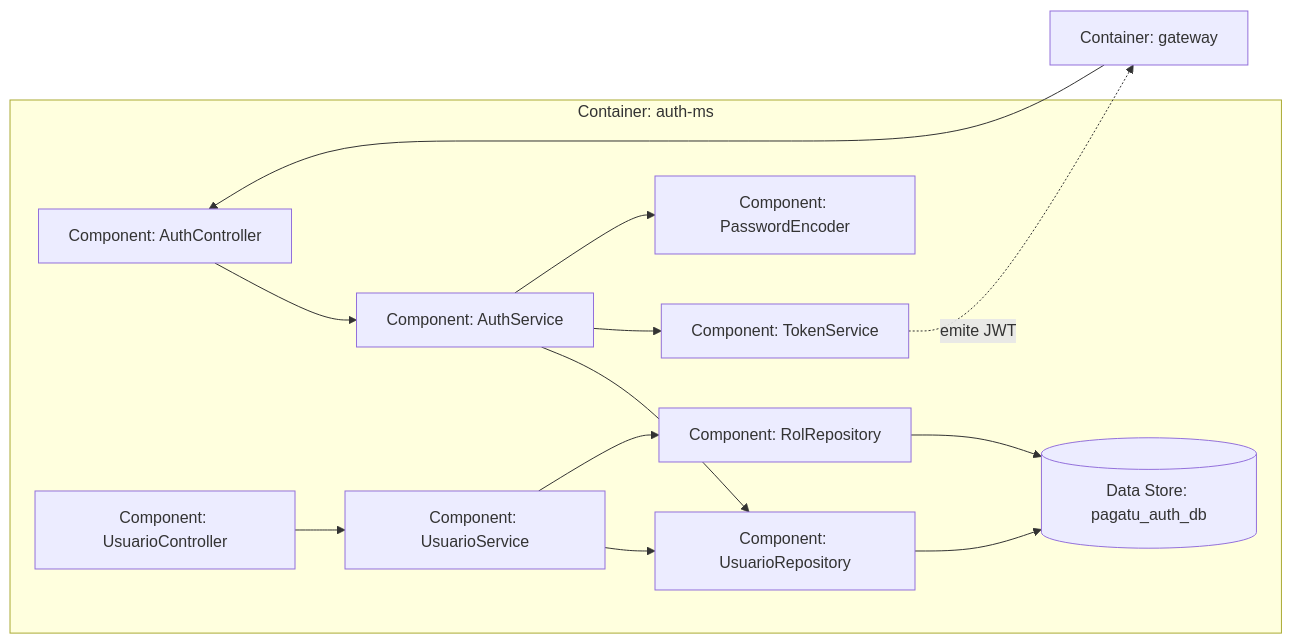
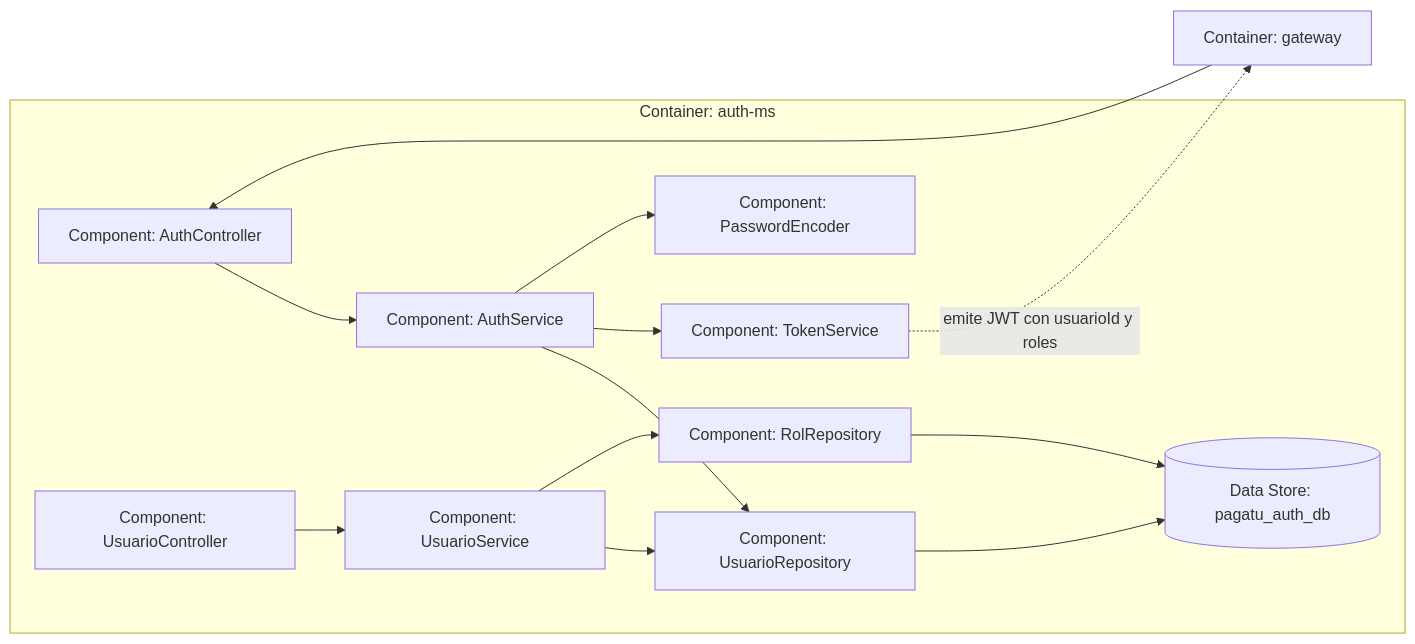
One commit to 262dist/pagatu changed the fifth of 15 diagrams in README_02_ARQUITECTURA_DETALLADA.md. Above: the diagram before and after it, drawn with Mermaid. The commit also changed other lines of this file, not shown here.

````diff
--- a/README_02_ARQUITECTURA_DETALLADA.md
+++ b/README_02_ARQUITECTURA_DETALLADA.md
@@ -167,27 +168,27 @@
 ```mermaid
 flowchart LR
     subgraph auth["Container: auth-ms"]
         authController["Component: AuthController"]
         usuarioController["Component: UsuarioController"]
         authService["Component: AuthService"]
         usuarioService["Component: UsuarioService"]
         tokenService["Component: TokenService"]
         passwordEncoder["Component: PasswordEncoder"]
         usuarioRepo["Component: UsuarioRepository"]
         rolRepo["Component: RolRepository"]
         authDb[(Data Store: pagatu_auth_db)]
 
         authController --> authService
         usuarioController --> usuarioService
         authService --> usuarioRepo
         authService --> tokenService
         authService --> passwordEncoder
         usuarioService --> usuarioRepo
         usuarioService --> rolRepo
         usuarioRepo --> authDb
         rolRepo --> authDb
     end
 
     gateway["Container: gateway"] --> authController
-    tokenService -. emite JWT .-> gateway
+    tokenService -. emite JWT con usuarioId y roles .-> gateway
 ```
````
